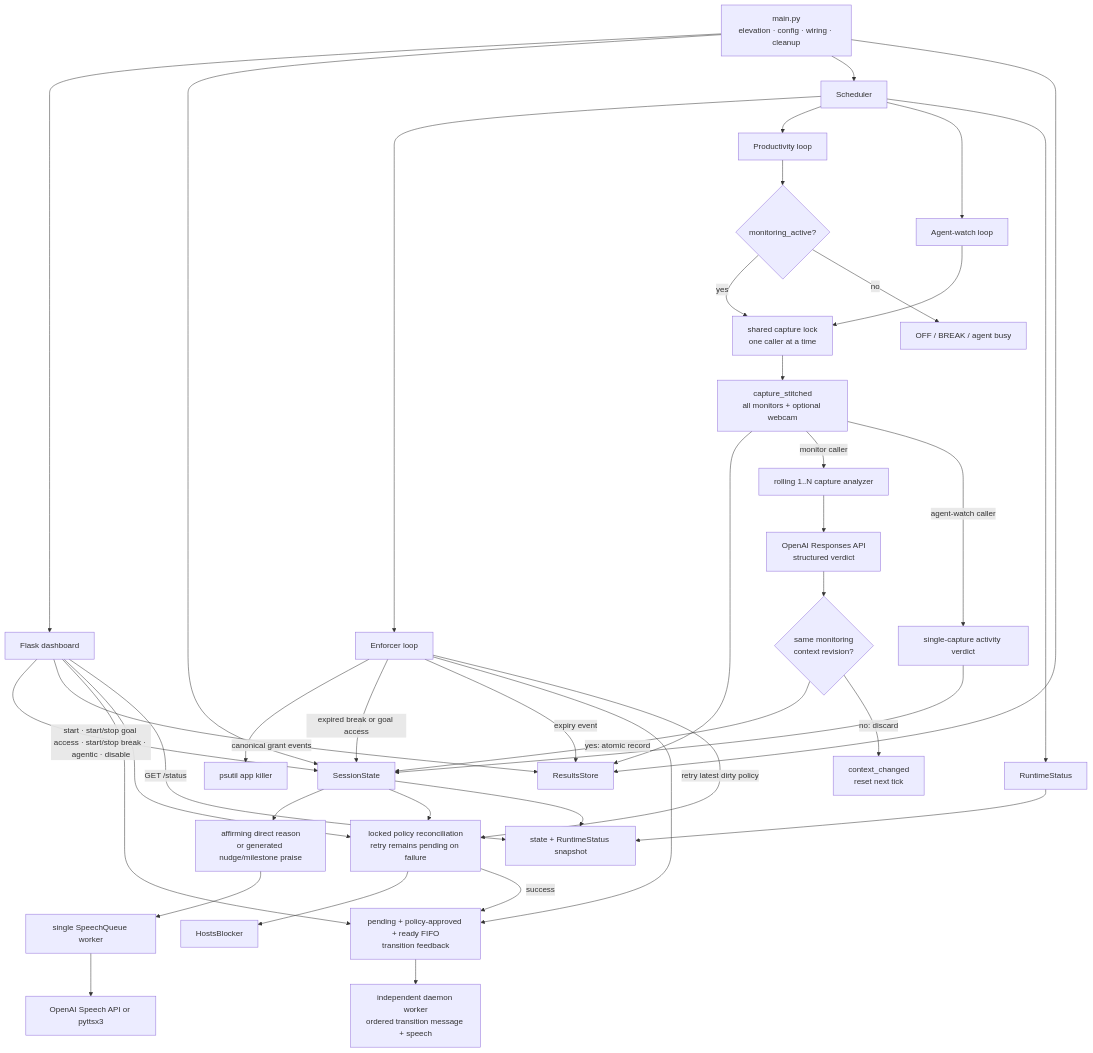
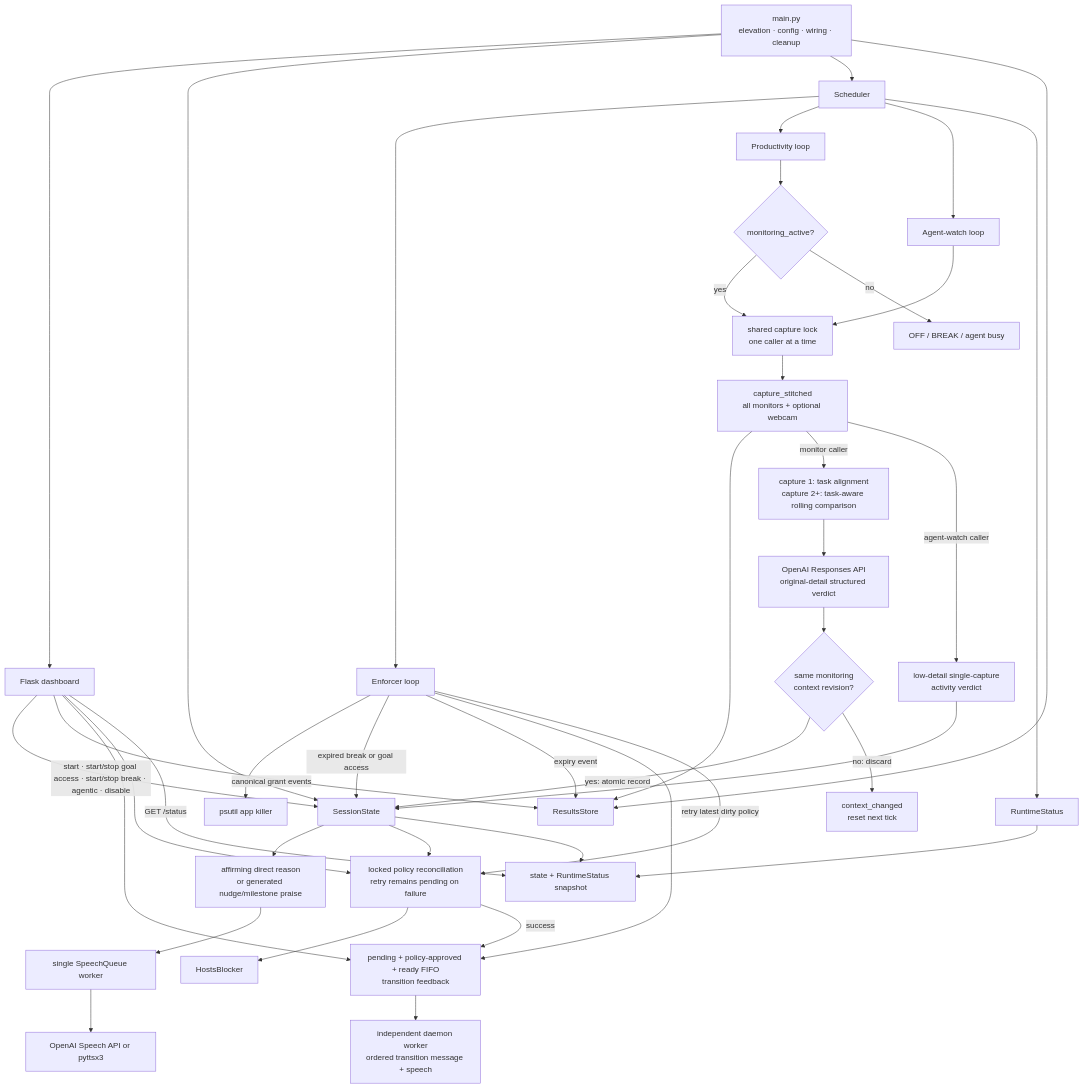
One commit to BurnyCoder/deep-work-jarvis-waifu-supervisor changed the diagram in README.md. Above: the diagram before and after it, drawn with Mermaid. The commit also changed other lines of this file and 3 other files, not shown here.

Commit message:
docs: explain task-aware snapshot comparison

````diff
--- a/README.md
+++ b/README.md
@@ -190,48 +208,48 @@
 ```mermaid
 flowchart TD
     Main["main.py<br/>elevation · config · wiring · cleanup"] --> UI["Flask dashboard"]
     Main --> State["SessionState"]
     Main --> Scheduler["Scheduler"]
     Main --> Store["ResultsStore"]
 
     UI -- "start · start/stop goal access · start/stop break · agentic · disable" --> State
     UI -- "canonical grant events" --> Store
     UI --> GoalFeedback["pending + policy-approved + ready FIFO<br/>transition feedback"]
     UI --> Reconcile["locked policy reconciliation<br/>retry remains pending on failure"]
     UI -- "GET /status" --> Status["state + RuntimeStatus snapshot"]
 
     Scheduler --> Enforcer["Enforcer loop"]
     Enforcer --> AppKiller["psutil app killer"]
     Enforcer -- "expired break or goal access" --> State
     Enforcer -- "expiry event" --> Store
     Enforcer --> GoalFeedback
     Enforcer -- "retry latest dirty policy" --> Reconcile
     Reconcile --> Hosts["HostsBlocker"]
     Reconcile -- "success" --> GoalFeedback
     GoalFeedback --> TransitionVoice["independent daemon worker<br/>ordered transition message + speech"]
 
     Scheduler --> Monitor["Productivity loop"]
     Monitor --> Gate{"monitoring_active?"}
     Gate -- "yes" --> CaptureLock["shared capture lock<br/>one caller at a time"]
     Gate -- "no" --> Paused["OFF / BREAK / agent busy"]
     CaptureLock --> Capture["capture_stitched<br/>all monitors + optional webcam"]
     Capture --> Store
-    Capture -- "monitor caller" --> Analyzer["rolling 1..N capture analyzer"]
-    Analyzer --> Vision["OpenAI Responses API<br/>structured verdict"]
+    Capture -- "monitor caller" --> Analyzer["capture 1: task alignment<br/>capture 2+: task-aware rolling comparison"]
+    Analyzer --> Vision["OpenAI Responses API<br/>original-detail structured verdict"]
     Vision --> ContextGate{"same monitoring<br/>context revision?"}
     ContextGate -- "yes: atomic record" --> State
     ContextGate -- "no: discard" --> Stale["context_changed<br/>reset next tick"]
     State --> Feedback["affirming direct reason<br/>or generated nudge/milestone praise"]
     Feedback --> Speech["single SpeechQueue worker"]
     Speech --> TTS["OpenAI Speech API or pyttsx3"]
 
     Scheduler --> AgentWatch["Agent-watch loop"]
     AgentWatch --> CaptureLock
-    Capture -- "agent-watch caller" --> AgentVision["single-capture activity verdict"]
+    Capture -- "agent-watch caller" --> AgentVision["low-detail single-capture<br/>activity verdict"]
     AgentVision --> State
     State --> Reconcile
 
     Scheduler --> Runtime["RuntimeStatus"]
     Runtime --> Status
     State --> Status
 ```
````
